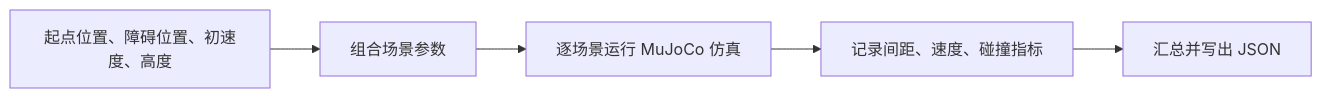
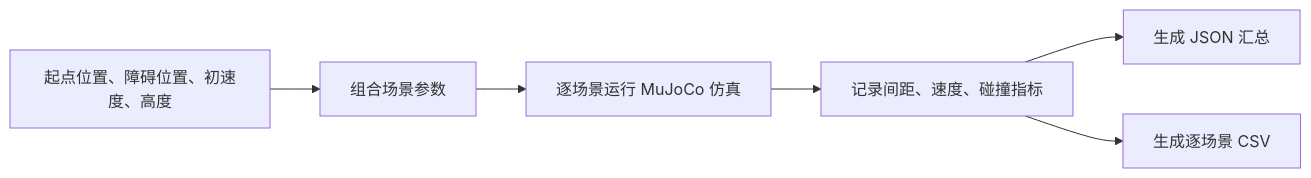
One commit to OpenHUTB/ros2 changed the diagram in docs/air/mujoco_uav_range_neural_braking.md. Above: the diagram before and after it, drawn with Mermaid. The commit also changed other lines of this file and 4 other files, not shown here.

````diff
--- a/docs/air/mujoco_uav_range_neural_braking.md
+++ b/docs/air/mujoco_uav_range_neural_braking.md
@@ -129,7 +131,8 @@
 ```mermaid
 flowchart LR
     A[起点位置、障碍位置、初速度、高度] --> B[组合场景参数]
     B --> C[逐场景运行 MuJoCo 仿真]
     C --> D[记录间距、速度、碰撞指标]
-    D --> E[汇总并写出 JSON]
+    D --> E[生成 JSON 汇总]
+    D --> F[生成逐场景 CSV]
 ```
````
